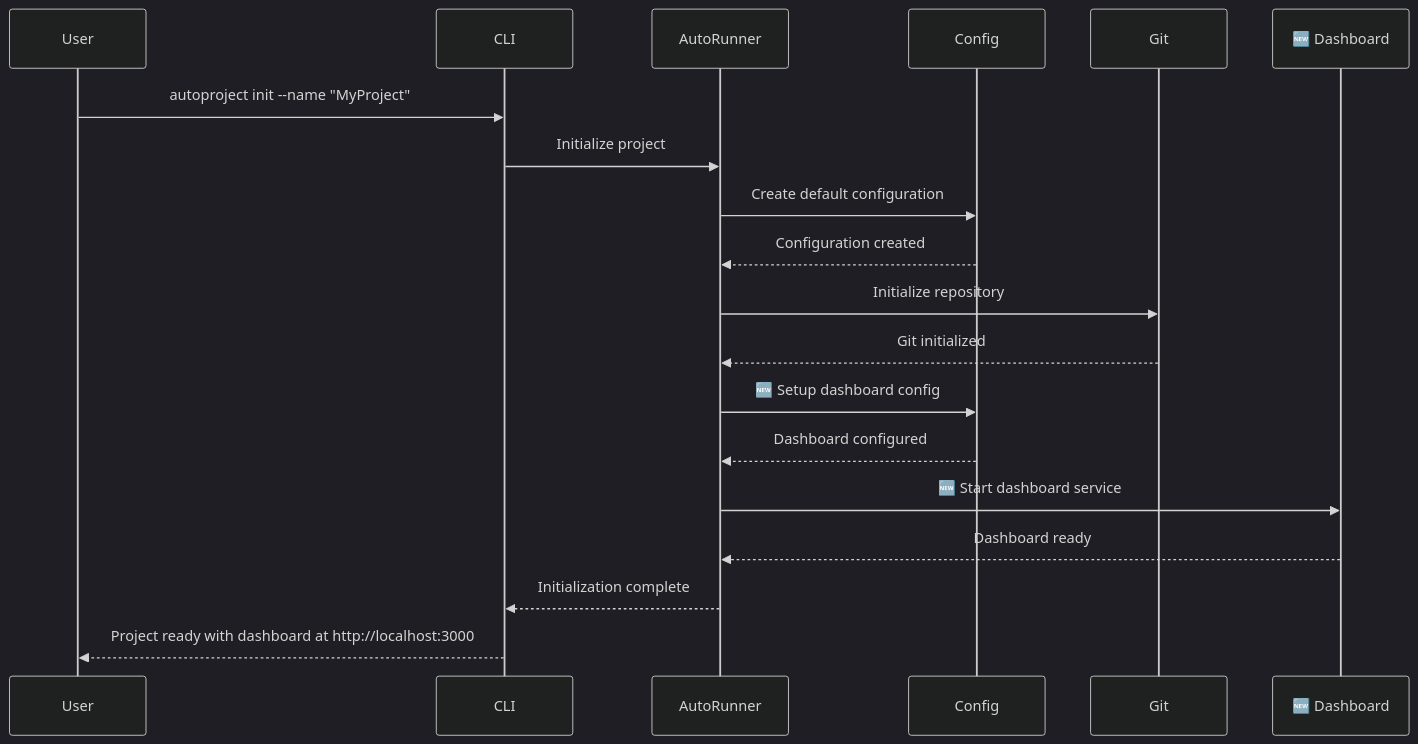
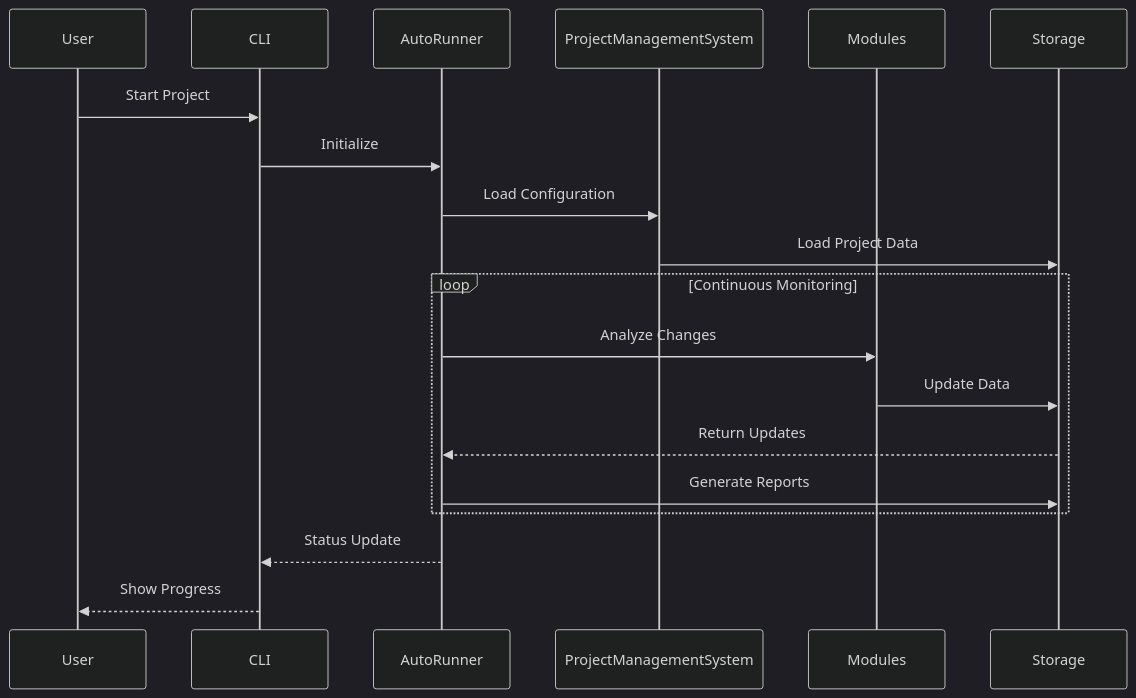
One commit to Shakour-Data/AutoProjectManagement changed the fifth of 13 diagrams in Docs/entire_project/Quick_Start_Guide/Quick_Start_Guide.md. Above: the diagram before and after it, drawn with Mermaid (dark theme). The commit also changed other lines of this file, not shown here.

Commit message:
Auto-commit: 2 file(s) updated

````diff
--- a/Docs/entire_project/Quick_Start_Guide/Quick_Start_Guide.md
+++ b/Docs/entire_project/Quick_Start_Guide/Quick_Start_Guide.md
@@ -2137,22 +558,24 @@
 ```mermaid
 sequenceDiagram
     participant User
     participant CLI
     participant AutoRunner
-    participant Config
-    participant Git
-    participant 🆕 Dashboard
+    participant PMS as ProjectManagementSystem
+    participant Modules
+    participant Storage
     
-    User->>CLI: autoproject init --name "MyProject"
-    CLI->>AutoRunner: Initialize project
-    AutoRunner->>Config: Create default configuration
-    Config-->>AutoRunner: Configuration created
-    AutoRunner->>Git: Initialize repository
-    Git-->>AutoRunner: Git initialized
-    AutoRunner->>Config: 🆕 Setup dashboard config
-    Config-->>AutoRunner: Dashboard configured
-    AutoRunner->>🆕 Dashboard: 🆕 Start dashboard service
-    🆕 Dashboard-->>AutoRunner: Dashboard ready
-    AutoRunner-->>CLI: Initialization complete
-    CLI-->>User: Project ready with dashboard at http://localhost:3000
+    User->>CLI: Start Project
+    CLI->>AutoRunner: Initialize
+    AutoRunner->>PMS: Load Configuration
+    PMS->>Storage: Load Project Data
+    
+    loop Continuous Monitoring
+        AutoRunner->>Modules: Analyze Changes
+        Modules->>Storage: Update Data
+        Storage-->>AutoRunner: Return Updates
+        AutoRunner->>Storage: Generate Reports
+    end
+    
+    AutoRunner-->>CLI: Status Update
+    CLI-->>User: Show Progress
 ```
````
